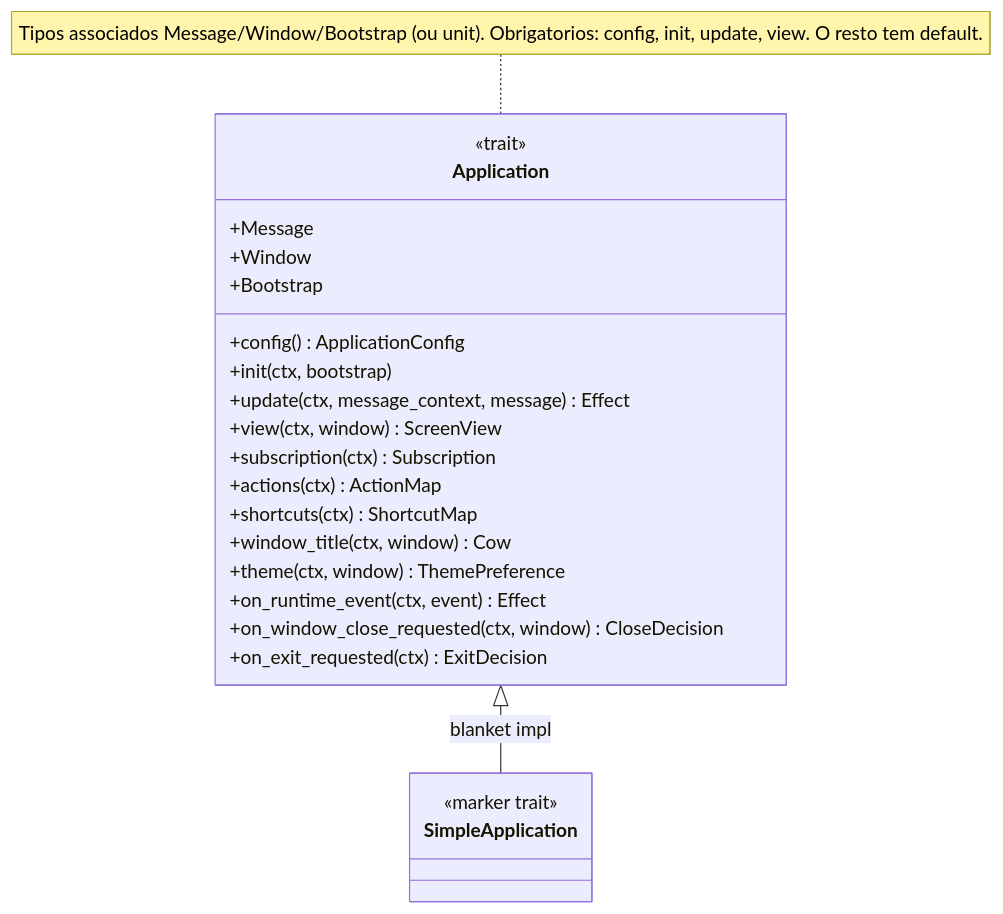
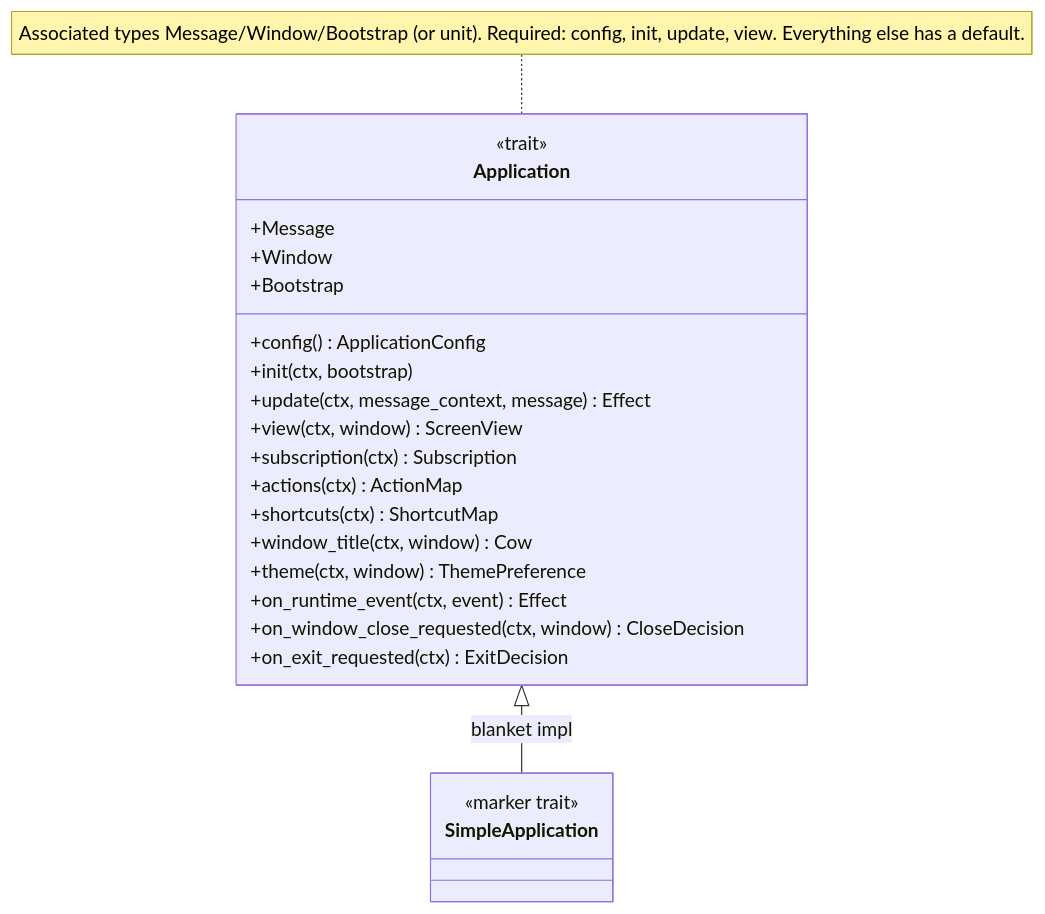
The second of 4 diagrams in docs/architecture/api-surface.md (JirlanSouza/nive), drawn with Mermaid before and after one commit. The commit also changed other lines of this file and 15 other files, not shown here.

````diff
--- a/docs/architecture/api-surface.md
+++ b/docs/architecture/api-surface.md
@@ -71,26 +76,26 @@
 ```mermaid
 classDiagram
     class Application {
         <<trait>>
         +Message
         +Window
         +Bootstrap
         +config() ApplicationConfig
         +init(ctx, bootstrap)
         +update(ctx, message_context, message) Effect
         +view(ctx, window) ScreenView
         +subscription(ctx) Subscription
         +actions(ctx) ActionMap
         +shortcuts(ctx) ShortcutMap
         +window_title(ctx, window) Cow
         +theme(ctx, window) ThemePreference
         +on_runtime_event(ctx, event) Effect
         +on_window_close_requested(ctx, window) CloseDecision
         +on_exit_requested(ctx) ExitDecision
     }
     class SimpleApplication {
         <<marker trait>>
     }
     Application <|-- SimpleApplication : blanket impl
-    note for Application "Tipos associados Message/Window/Bootstrap (ou unit). Obrigatorios: config, init, update, view. O resto tem default."
+    note for Application "Associated types Message/Window/Bootstrap (or unit). Required: config, init, update, view. Everything else has a default."
 ```
````
